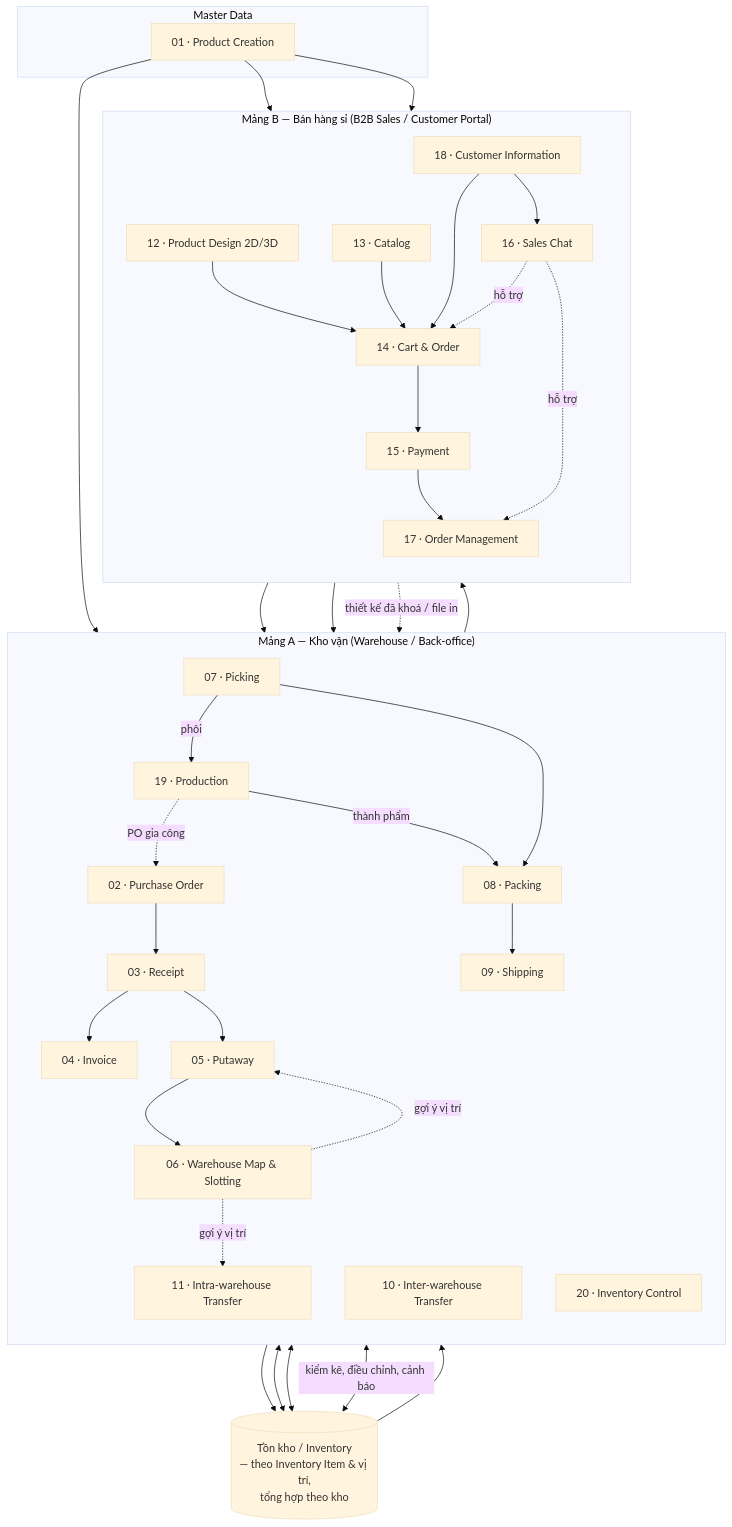
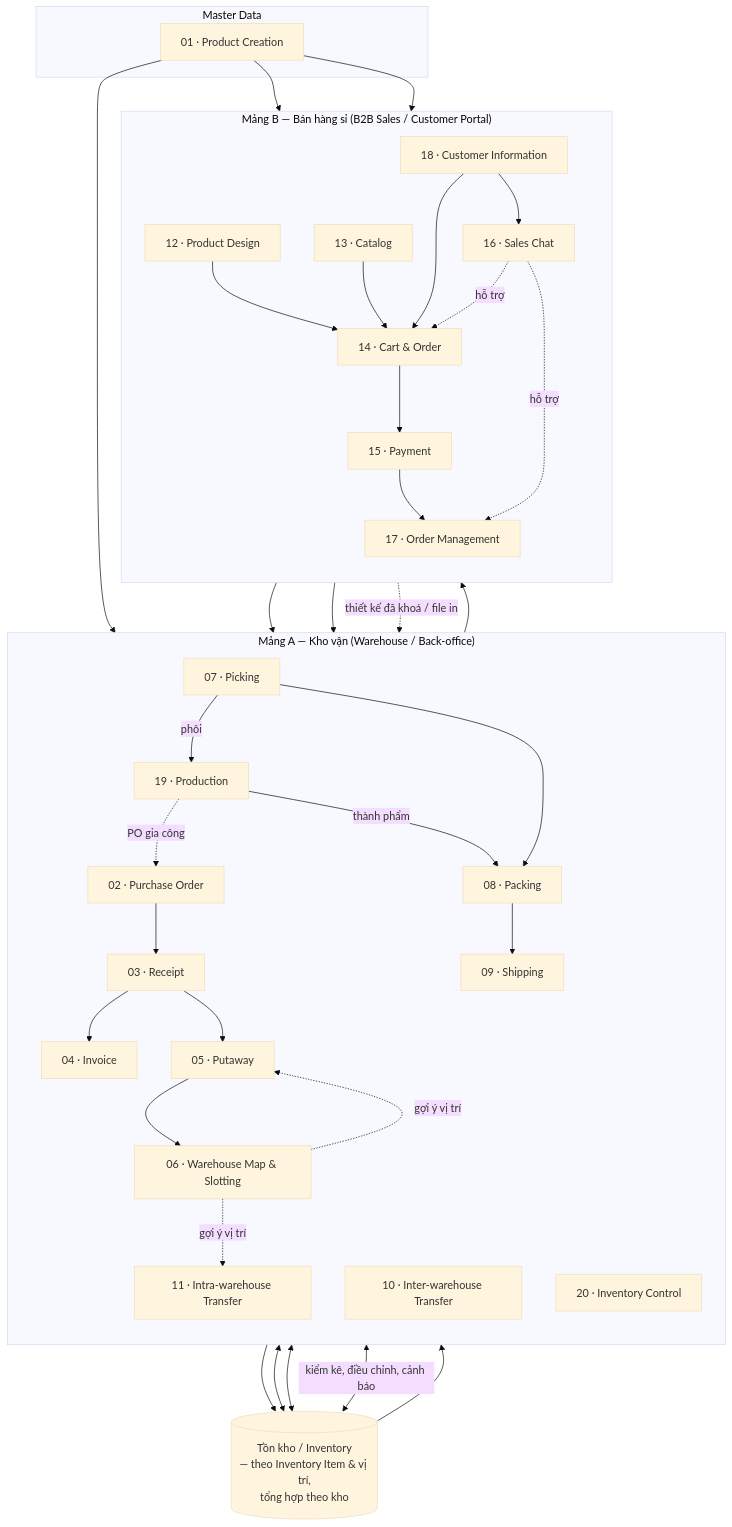
One commit to KLTN-FA26/docs changed the first of 2 diagrams in docs/00-system-overview/README.md. Above: the diagram before and after it, drawn with Mermaid (base theme). The commit also changed other lines of this file and 8 other files, not shown here.

````diff
--- a/docs/00-system-overview/README.md
+++ b/docs/00-system-overview/README.md
@@ -90,70 +90,70 @@
 ```mermaid
 flowchart TB
     subgraph MASTER["Master Data"]
         PC[01 · Product Creation]
     end
 
     subgraph WH["Mảng A — Kho vận (Warehouse / Back-office)"]
         direction TB
         PO[02 · Purchase Order]
         RC[03 · Receipt]
         INV[04 · Invoice]
         PA[05 · Putaway]
         MAP[06 · Warehouse Map & Slotting]
         PICK[07 · Picking]
         PACK[08 · Packing]
         SHIP[09 · Shipping]
         INTER[10 · Inter-warehouse Transfer]
         INTRA[11 · Intra-warehouse Transfer]
         PROD[19 · Production]
         CTRL[20 · Inventory Control]
     end
 
     subgraph EC["Mảng B — Bán hàng sỉ (B2B Sales / Customer Portal)"]
         direction TB
-        DSN[12 · Product Design 2D/3D]
+        DSN[12 · Product Design]
         CAT[13 · Catalog]
         CO[14 · Cart & Order]
         PAY[15 · Payment]
         CHAT[16 · Sales Chat]
         OM[17 · Order Management]
         CIM[18 · Customer Information]
     end
 
     INVENTORY[(Tồn kho / Inventory\n— theo Inventory Item & vị trí,\ntổng hợp theo kho)]
 
     PC --> PO
     PC --> CAT
     PC --> DSN
     PO --> RC
     RC --> INV
     RC --> PA
     PA --> MAP
     MAP -. gợi ý vị trí .-> PA
     PA --> INVENTORY
 
     CAT --> CO
     DSN --> CO
     CO --> PAY
     PAY --> OM
     CHAT -. hỗ trợ .-> CO
     CHAT -. hỗ trợ .-> OM
     CIM --> CO
     CIM --> CHAT
 
     OM --> PICK
     OM --> PROD
     DSN -. thiết kế đã khoá / file in .-> PROD
     PICK -- phôi --> PROD
     PROD -- thành phẩm --> PACK
     PROD -. PO gia công .-> PO
     INVENTORY --> PICK
     PICK --> PACK
     PACK --> SHIP
     SHIP --> OM
 
     INTER <--> INVENTORY
     INTRA <--> INVENTORY
     CTRL <-->|kiểm kê, điều chỉnh, cảnh báo| INVENTORY
     MAP -. gợi ý vị trí .-> INTRA
 ```
````
